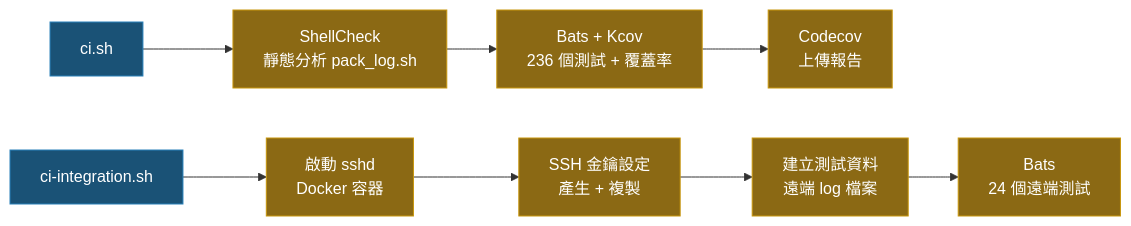
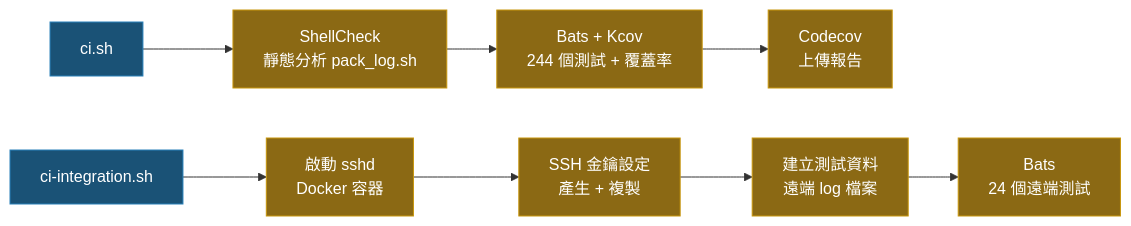
The second of 2 diagrams in doc/README.zh-TW.md (ycpss91255/pack_log), drawn with Mermaid before and after one commit. The commit also changed other lines of this file and 4 other files, not shown here.

````diff
--- a/doc/README.zh-TW.md
+++ b/doc/README.zh-TW.md
@@ -198,14 +203,14 @@
 ```mermaid
 graph LR
     S["ci.sh"]:::entry --> SC["ShellCheck\n靜態分析 pack_log.sh"]:::step
-    SC --> BT["Bats + Kcov\n236 個測試 + 覆蓋率"]:::step
+    SC --> BT["Bats + Kcov\n244 個測試 + 覆蓋率"]:::step
     BT --> CC["Codecov\n上傳報告"]:::step
 
     S2["ci-integration.sh"]:::entry --> SSHD["啟動 sshd\nDocker 容器"]:::step
     SSHD --> KEY["SSH 金鑰設定\n產生 + 複製"]:::step
     KEY --> DATA["建立測試資料\n遠端 log 檔案"]:::step
     DATA --> IT["Bats\n24 個遠端測試"]:::step
 
     classDef entry fill:#1a5276,color:#fff,stroke:#2980b9
     classDef step fill:#8B6914,color:#fff,stroke:#c8960c
 ```
````
